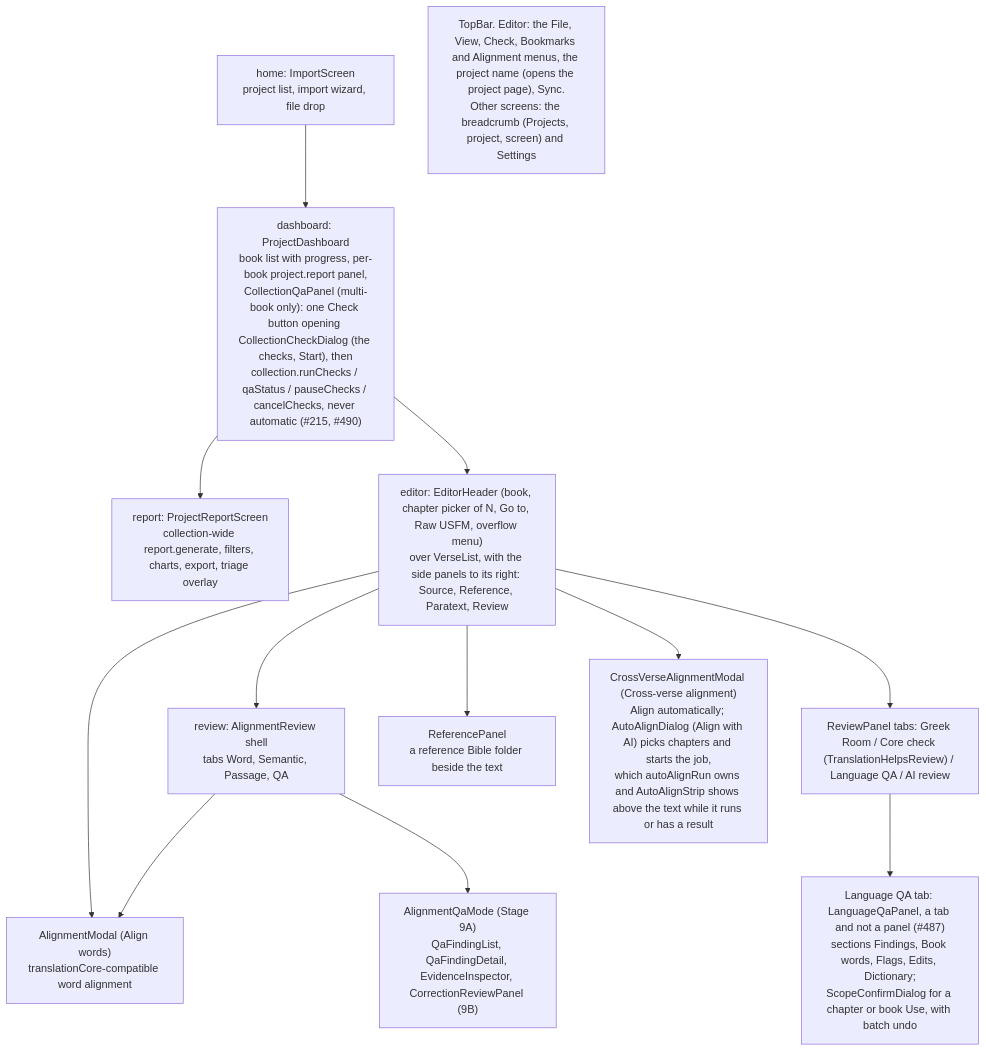
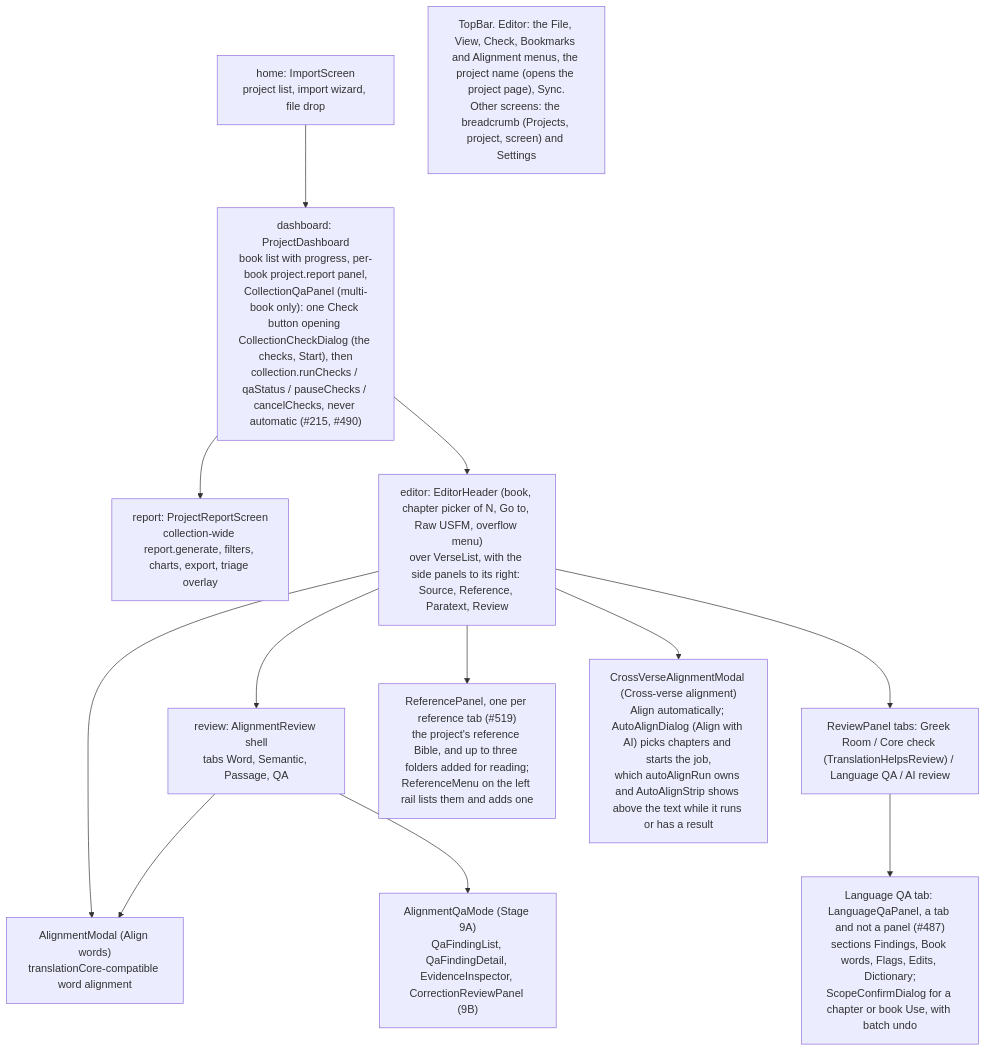
One commit to Bridgeconn/bridge changed the fourth of 4 diagrams in docs/ARCHITECTURE.md. Above: the diagram before and after it, drawn with Mermaid. The commit also changed 40 other files, not shown here.

````diff
--- a/docs/ARCHITECTURE.md
+++ b/docs/ARCHITECTURE.md
@@ -287,15 +287,15 @@
 ```mermaid
 flowchart TB
   Home["home: ImportScreen<br/>project list, import wizard, file drop"] --> Dash
   Dash["dashboard: ProjectDashboard<br/>book list with progress, per-book project.report panel,<br/>CollectionQaPanel (multi-book only): one Check button opening CollectionCheckDialog (the checks, Start), then<br/>collection.runChecks / qaStatus / pauseChecks / cancelChecks, never automatic (#215, #490)"] --> Report["report: ProjectReportScreen<br/>collection-wide report.generate, filters, charts, export, triage overlay"]
   Dash --> Editor["editor: EditorHeader (book, chapter picker of N, Go to, Raw USFM, overflow menu)<br/>over VerseList, with the side panels to its right: Source, Reference, Paratext, Review"]
   Editor --> AR["review: AlignmentReview shell<br/>tabs Word, Semantic, Passage, QA"]
   Editor --> AM["AlignmentModal (Align words)<br/>translationCore-compatible word alignment"]
   AR --> AM
   Editor --> RPt["ReviewPanel tabs: Greek Room / Core check (TranslationHelpsReview) / Language QA / AI review"]
   RPt --> LQP["Language QA tab: LanguageQaPanel, a tab and not a panel (#487)<br/>sections Findings, Book words, Flags, Edits, Dictionary;<br/>ScopeConfirmDialog for a chapter or book Use, with batch undo"]
-  Editor --> RefP["ReferencePanel<br/>a reference Bible folder beside the text"]
+  Editor --> RefP["ReferencePanel, one per reference tab (#519)<br/>the project's reference Bible, and up to three folders added for reading;<br/>ReferenceMenu on the left rail lists them and adds one"]
   Editor --> CVM["CrossVerseAlignmentModal (Cross-verse alignment)<br/>Align automatically; AutoAlignDialog (Align with AI) picks chapters and starts the job,<br/>which autoAlignRun owns and AutoAlignStrip shows above the text while it runs or has a result"]
   AR --> QA["AlignmentQaMode (Stage 9A)<br/>QaFindingList, QaFindingDetail, EvidenceInspector, CorrectionReviewPanel (9B)"]
   Top["TopBar. Editor: the File, View, Check, Bookmarks and Alignment menus, the project name (opens the project page), Sync.<br/>Other screens: the breadcrumb (Projects, project, screen) and Settings"]
 ```
````
